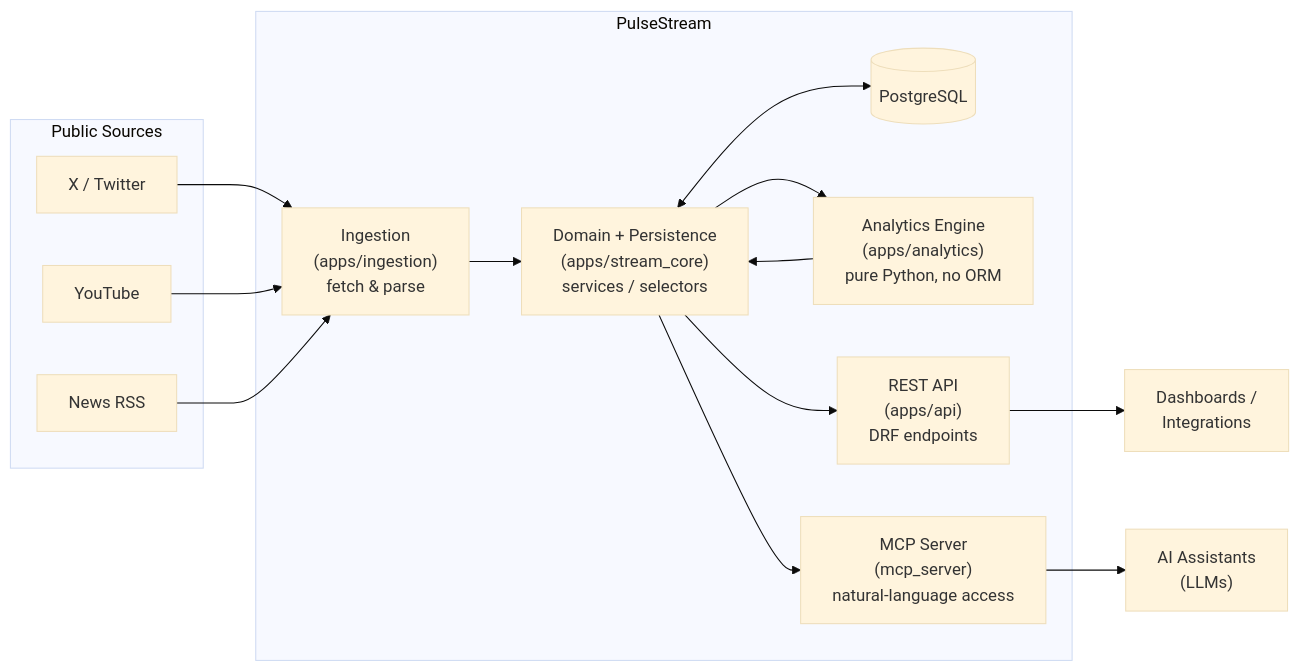
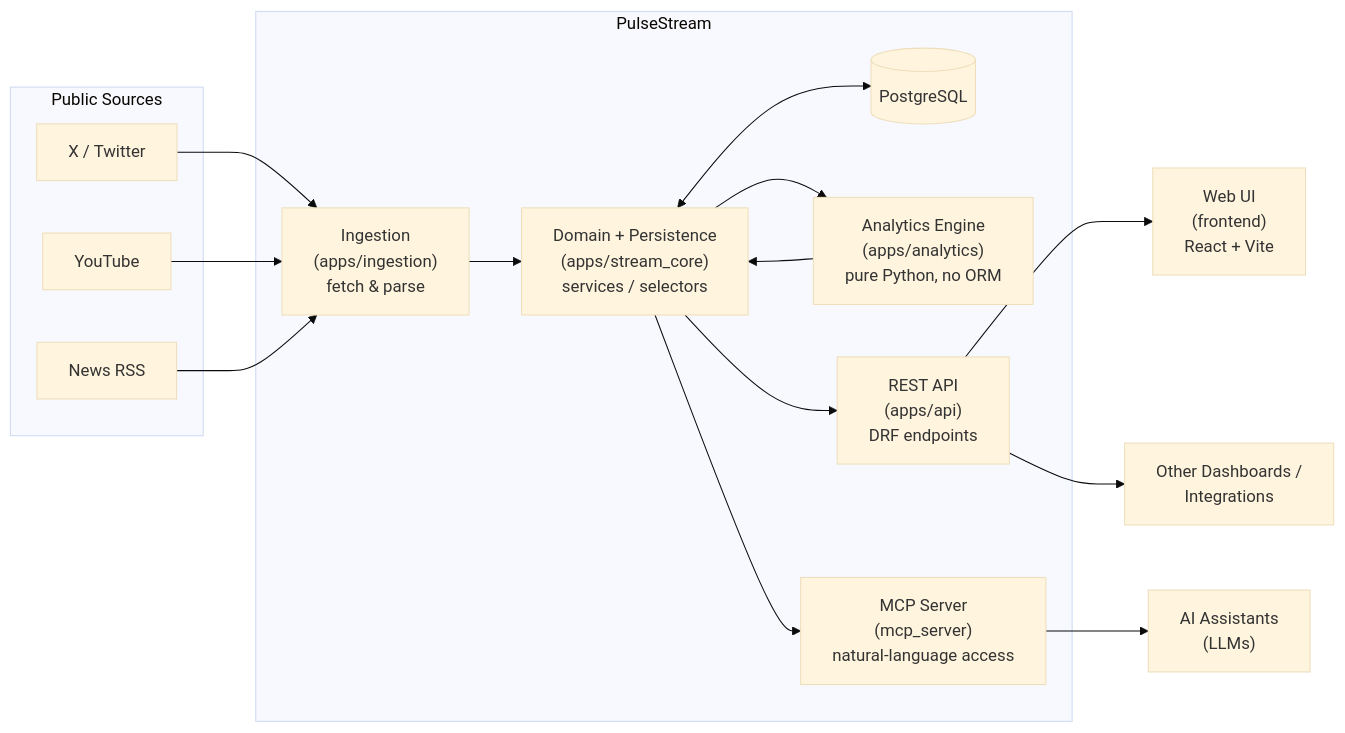
Before and after one commit to leozorzii/PulseStream: the diagram in README.md, drawn with Mermaid (base theme). The commit also changed other lines of this file and 1 other file, not shown here.

First line of the commit message:
docs: add the frontend to the architecture and guides

````diff
--- a/README.md
+++ b/README.md
@@ -43,30 +43,32 @@
 ```mermaid
 flowchart LR
     subgraph External[" Public Sources"]
         X[X / Twitter]
         YT[YouTube]
         RSS[News RSS]
     end
 
     subgraph PulseStream[" PulseStream"]
         ING[" Ingestion<br/>(apps/ingestion)<br/>fetch &amp; parse"]
         CORE[" Domain + Persistence<br/>(apps/stream_core)<br/>services / selectors"]
         DB[("PostgreSQL")]
         ANALYTICS[" Analytics Engine<br/>(apps/analytics)<br/>pure Python, no ORM"]
         API[" REST API<br/>(apps/api)<br/>DRF endpoints"]
         MCP[" MCP Server<br/>(mcp_server)<br/>natural-language access"]
     end
 
-    Consumer[" Dashboards /<br/>Integrations"]
+    UI[" Web UI<br/>(frontend)<br/>React + Vite"]
+    Consumer[" Other Dashboards /<br/>Integrations"]
     LLM[" AI Assistants<br/>(LLMs)"]
 
     X & YT & RSS --> ING
     ING --> CORE
     CORE <--> DB
     CORE --> ANALYTICS
     ANALYTICS --> CORE
     CORE --> API
     CORE --> MCP
+    API --> UI
     API --> Consumer
     MCP --> LLM
 ```
````
